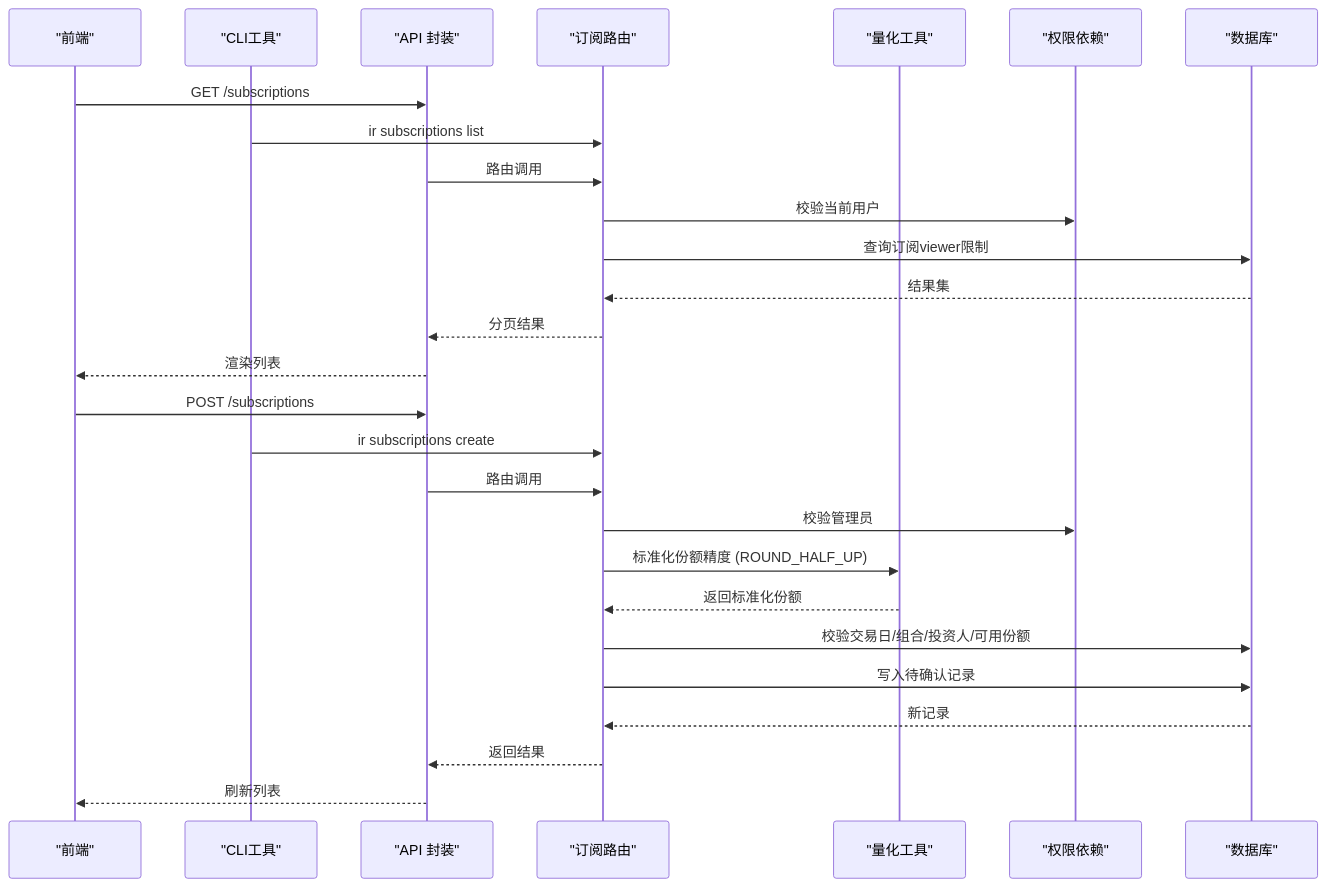
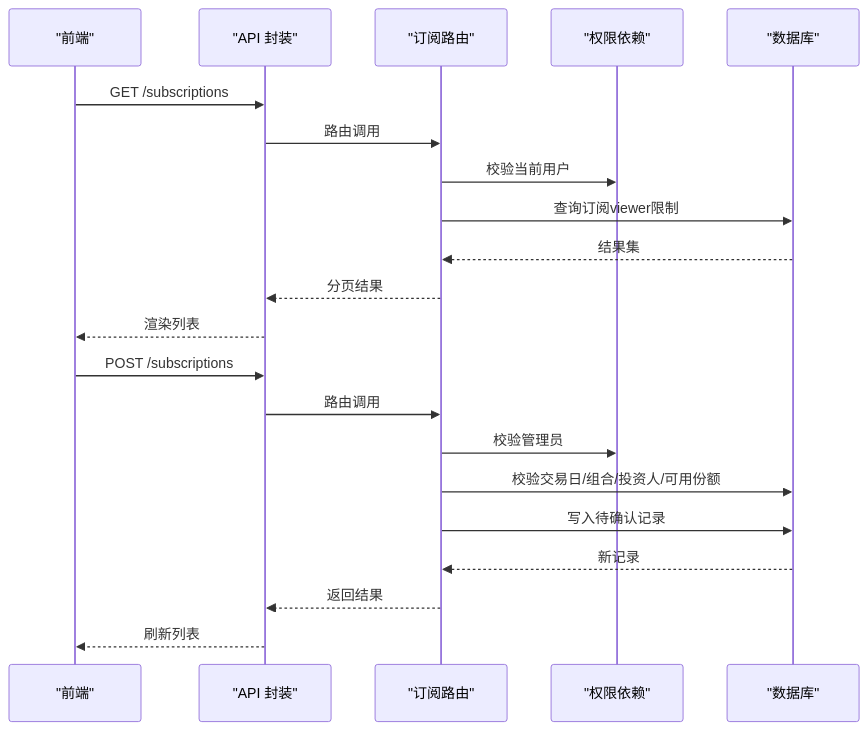
The fifth of 6 diagrams in .qoder/repowiki/zh/content/核心业务功能/订阅管理.md (gujialind/InvestRing), drawn with Mermaid before and after one commit. The commit also changed other lines of this file and 65 other files, not shown here.

````diff
--- a/.qoder/repowiki/zh/content/核心业务功能/订阅管理.md
+++ b/.qoder/repowiki/zh/content/核心业务功能/订阅管理.md
@@ -321,29 +262,23 @@
 ```mermaid
 sequenceDiagram
 participant FE as "前端"
-participant CLI as "CLI工具"
 participant API as "API 封装"
 participant Router as "订阅路由"
-participant Utils as "量化工具"
 participant Auth as "权限依赖"
 participant DB as "数据库"
 FE->>API : GET /subscriptions
-CLI->>Router : ir subscriptions list
 API->>Router : 路由调用
 Router->>Auth : 校验当前用户
 Router->>DB : 查询订阅viewer限制
 DB-->>Router : 结果集
 Router-->>API : 分页结果
 API-->>FE : 渲染列表
 FE->>API : POST /subscriptions
-CLI->>Router : ir subscriptions create
 API->>Router : 路由调用
 Router->>Auth : 校验管理员
-Router->>Utils : 标准化份额精度 (ROUND_HALF_UP)
-Utils-->>Router : 返回标准化份额
 Router->>DB : 校验交易日/组合/投资人/可用份额
 Router->>DB : 写入待确认记录
 DB-->>Router : 新记录
 Router-->>API : 返回结果
 API-->>FE : 刷新列表
 ```
````
